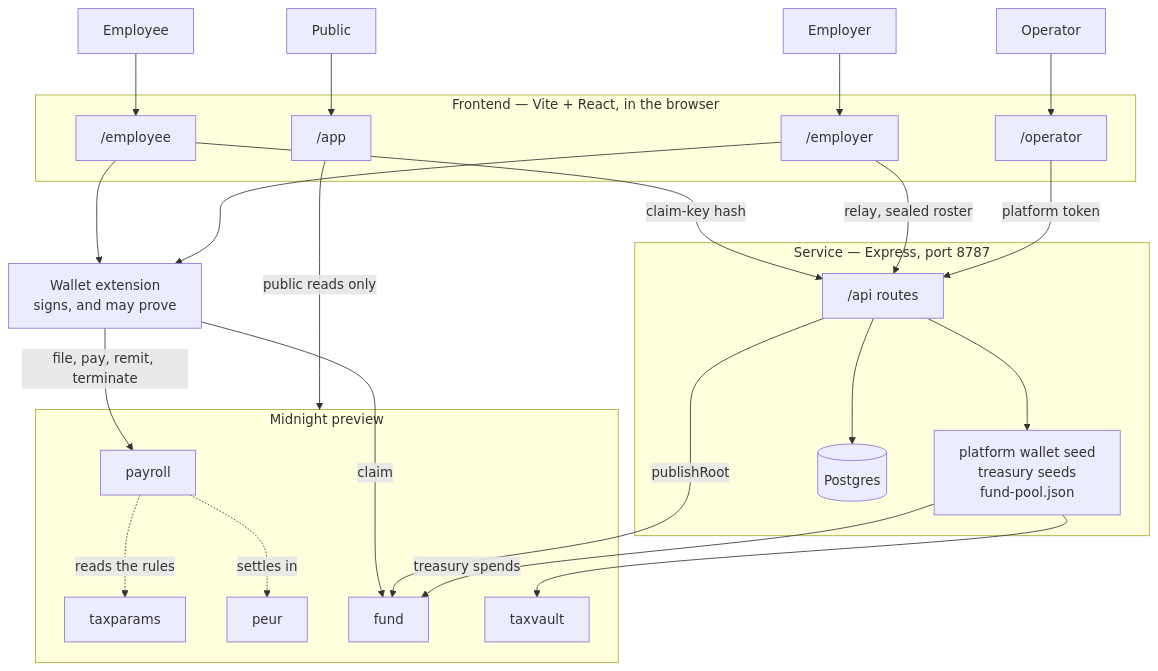
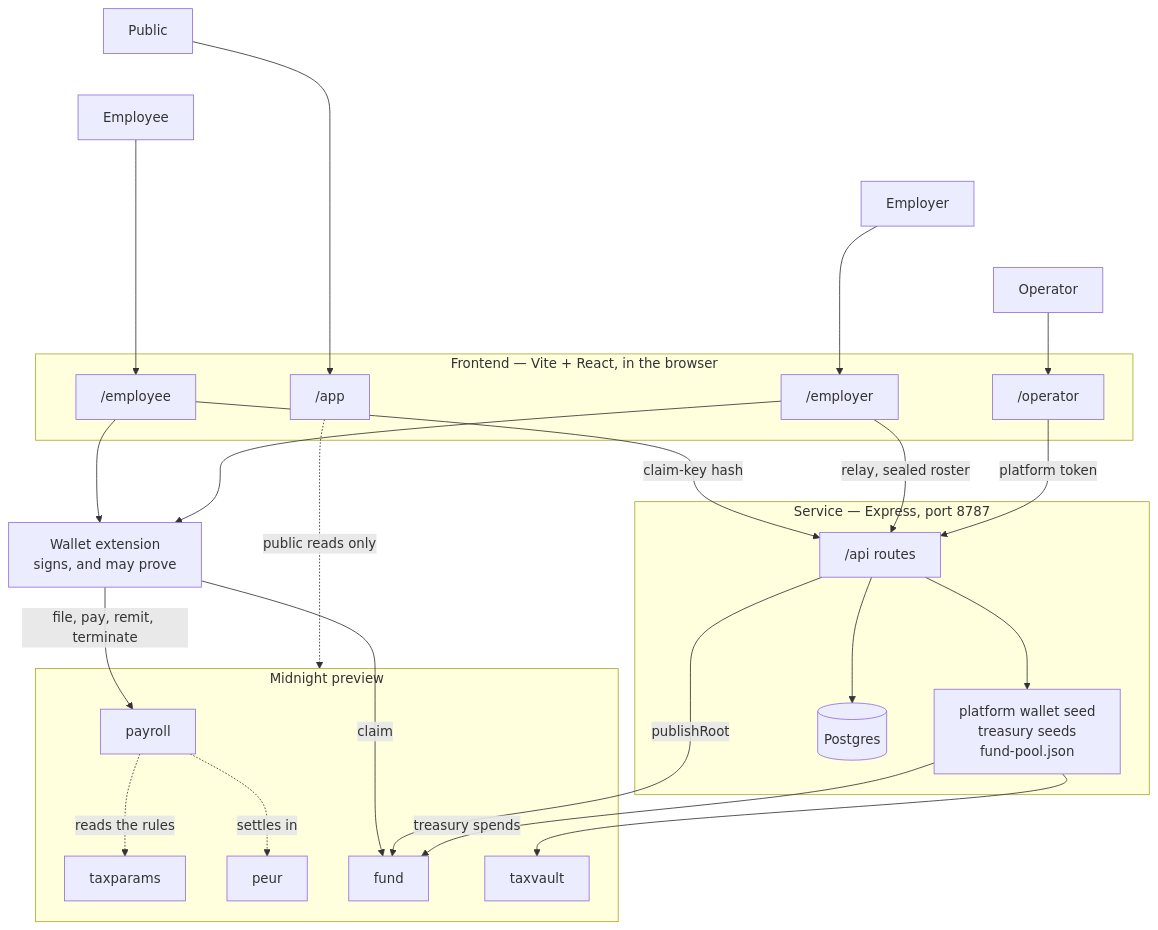
Before and after one commit to hwdeboer1977/midnight-polisZK: the diagram in README.md, drawn with Mermaid.

Commit message:
Setup documentation: fix 2 diagram

````diff
--- a/README.md
+++ b/README.md
@@ -44,55 +44,57 @@
 ```mermaid
 flowchart TB
     PU["Public"]
     EE["Employee"]
     EM["Employer"]
     OP["Operator"]
 
     subgraph FE["Frontend — Vite + React, in the browser"]
         PUS["/app"]
         EES["/employee"]
         EMS["/employer"]
         OPS["/operator"]
     end
 
     WAL["Wallet extension<br/>signs, and may prove"]
 
     subgraph SVC["Service — Express, port 8787"]
         API["/api routes"]
         KEYS["platform wallet seed<br/>treasury seeds<br/>fund-pool.json"]
         DB[("Postgres")]
     end
 
     subgraph CH["Midnight preview"]
         PAY["payroll"]
         TAXP["taxparams"]
         PEUR["peur"]
         FUND["fund"]
         VAULT["taxvault"]
     end
 
+    PU ~~~ EE ~~~ EM ~~~ OP
+
     PU --> PUS
     EE --> EES
     EM --> EMS
     OP --> OPS
 
-    PUS -->|public reads only| CH
+    PUS -.->|public reads only| CH
     EES --> WAL
     EMS --> WAL
 
     EES -->|claim-key hash| API
     EMS -->|relay, sealed roster| API
     OPS -->|platform token| API
 
     WAL -->|file, pay, remit, terminate| PAY
     WAL -->|claim| FUND
 
     API --> DB
     API --> KEYS
     API -->|publishRoot| FUND
     KEYS -->|treasury spends| FUND
     KEYS --> VAULT
 
     PAY -.->|reads the rules| TAXP
     PAY -.->|settles in| PEUR
 ```
````
